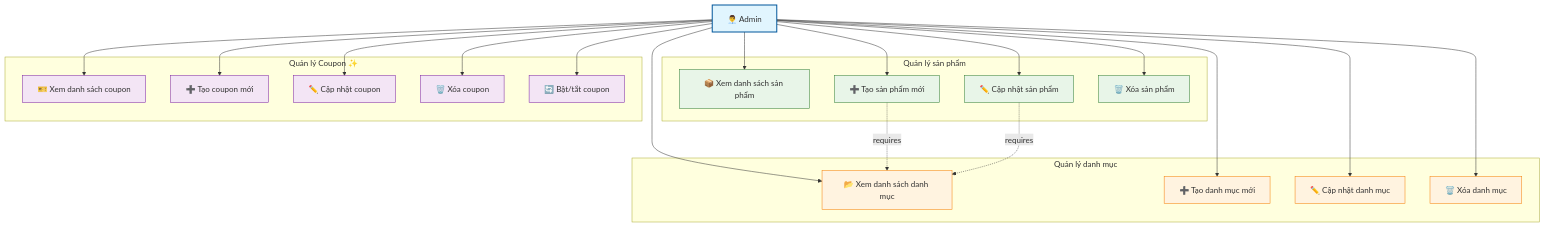
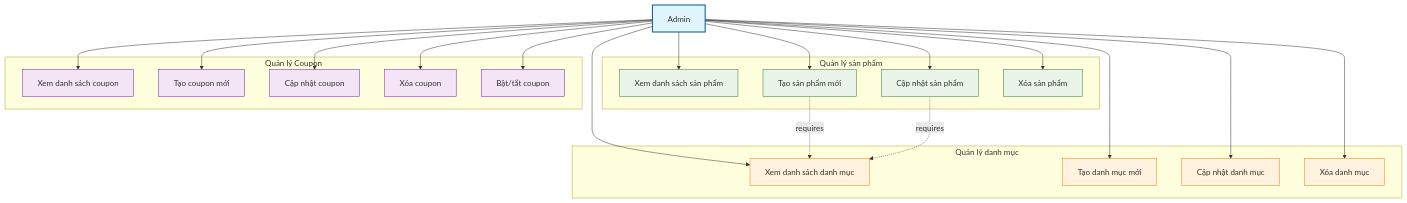
One commit to vinhhoang04cp/webshop changed the sixth of 15 diagrams in docs/COMPLETE_USE_CASES.md. Above: the diagram before and after it, drawn with Mermaid. The commit also changed other lines of this file, not shown here.

````diff
--- a/docs/COMPLETE_USE_CASES.md
+++ b/docs/COMPLETE_USE_CASES.md
@@ -437,54 +437,54 @@
 ```mermaid
 graph TB
-    Admin[👨‍💼 Admin]
+    Admin[Admin]
     
     subgraph "Quản lý sản phẩm"
-        UC13A[📦 Xem danh sách sản phẩm]
-        UC13B[➕ Tạo sản phẩm mới]
-        UC13C[✏️ Cập nhật sản phẩm]
-        UC13D[🗑️ Xóa sản phẩm]
+        UC13A[Xem danh sách sản phẩm]
+        UC13B[Tạo sản phẩm mới]
+        UC13C[Cập nhật sản phẩm]
+        UC13D[Xóa sản phẩm]
     end
     
     subgraph "Quản lý danh mục"
-        UC15A[📂 Xem danh sách danh mục]
-        UC15B[➕ Tạo danh mục mới]
-        UC15C[✏️ Cập nhật danh mục]
-        UC15D[🗑️ Xóa danh mục]
+        UC15A[Xem danh sách danh mục]
+        UC15B[Tạo danh mục mới]
+        UC15C[Cập nhật danh mục]
+        UC15D[Xóa danh mục]
     end
     
-    subgraph "Quản lý Coupon ✨"
-        UC16A[🎫 Xem danh sách coupon]
-        UC16B[➕ Tạo coupon mới]
-        UC16C[✏️ Cập nhật coupon]
-        UC16D[🗑️ Xóa coupon]
-        UC16E[🔄 Bật/tắt coupon]
+    subgraph "Quản lý Coupon"
+        UC16A[Xem danh sách coupon]
+        UC16B[Tạo coupon mới]
+        UC16C[Cập nhật coupon]
+        UC16D[Xóa coupon]
+        UC16E[Bật/tắt coupon]
     end
     
     Admin --> UC13A
     Admin --> UC13B
     Admin --> UC13C
     Admin --> UC13D
     Admin --> UC15A
     Admin --> UC15B
     Admin --> UC15C
     Admin --> UC15D
     Admin --> UC16A
     Admin --> UC16B
     Admin --> UC16C
     Admin --> UC16D
     Admin --> UC16E
     
     %% Dependencies
     UC13B -.->|requires| UC15A
     UC13C -.->|requires| UC15A
     
     classDef actor fill:#e1f5fe,stroke:#01579b,stroke-width:2px
     classDef product fill:#e8f5e8,stroke:#2e7d32,stroke-width:1px
     classDef category fill:#fff3e0,stroke:#f57c00,stroke-width:1px
     classDef coupon fill:#f3e5f5,stroke:#7b1fa2,stroke-width:1px
     
     class Admin actor
     class UC13A,UC13B,UC13C,UC13D product
     class UC15A,UC15B,UC15C,UC15D category
     class UC16A,UC16B,UC16C,UC16D,UC16E coupon
 ```
````
